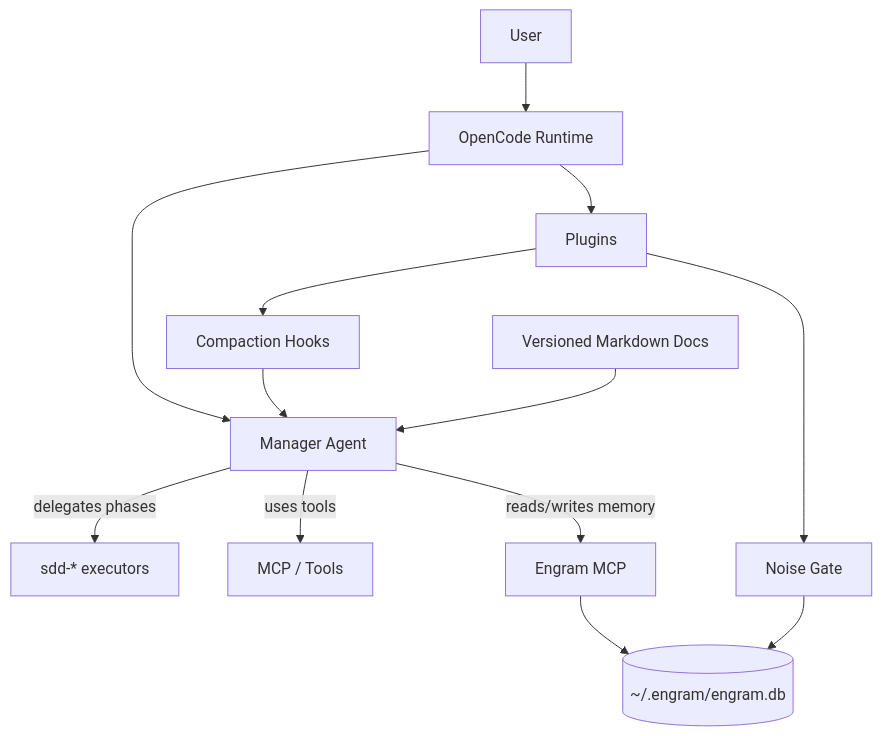
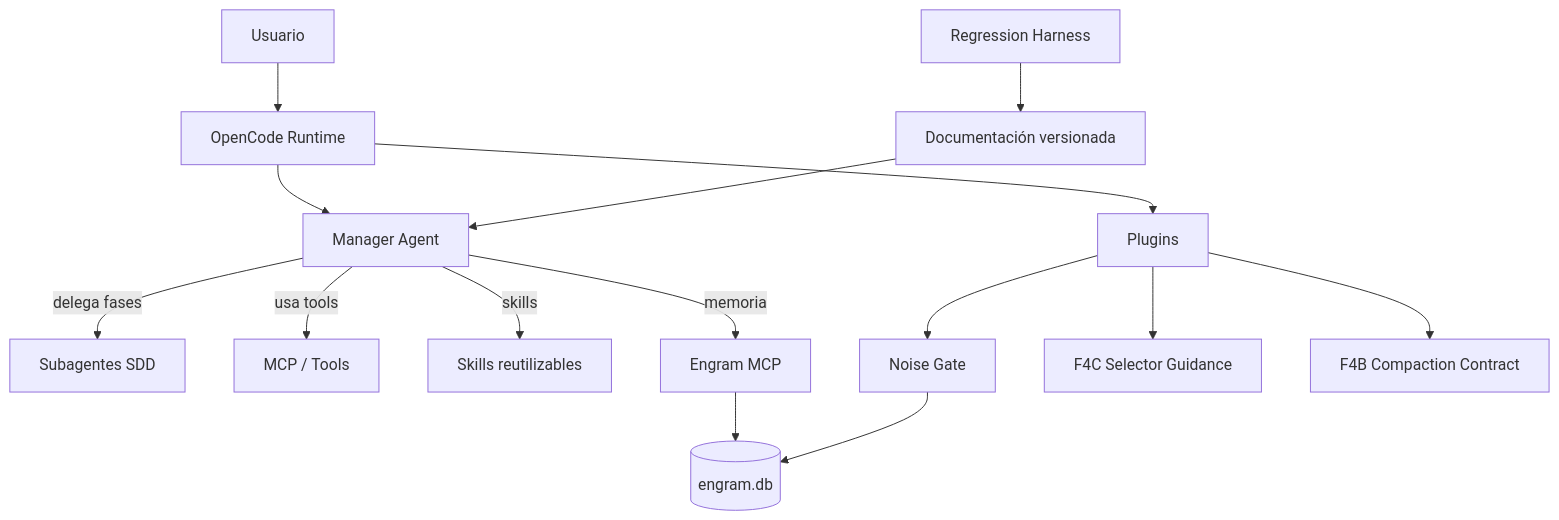
Before and after one commit to harrysxavio/opencode-architecture: the first of 9 diagrams in README.md, drawn with Mermaid. The commit also changed other lines of this file, not shown here.

````diff
--- a/README.md
+++ b/README.md
@@ -49,15 +111,17 @@
 ```mermaid
 flowchart TD
-  U[User] --> OC[OpenCode Runtime]
-  OC --> M[Manager Agent]
-  M -->|delegates phases| SDD[sdd-* executors]
-  M -->|uses tools| MCP[MCP / Tools]
-  M -->|reads/writes memory| EG[Engram MCP]
-  EG --> DB[(~/.engram/engram.db)]
-  OC --> PL[Plugins]
-  PL --> NG[Noise Gate]
-  PL --> CP[Compaction Hooks]
-  NG --> DB
-  CP --> M
-  DOCS[Versioned Markdown Docs] --> M
+    U[Usuario] --> OC[OpenCode Runtime]
+    OC --> M[Manager Agent]
+    M -->|delega fases| SDD[Subagentes SDD]
+    M -->|usa tools| MCP[MCP / Tools]
+    M -->|skills| SK[Skills reutilizables]
+    M -->|memoria| EG[Engram MCP]
+    EG --> DB[(engram.db)]
+    OC --> PL[Plugins]
+    PL --> NG[Noise Gate]
+    PL --> F4C[F4C Selector Guidance]
+    PL --> F4B[F4B Compaction Contract]
+    NG --> DB
+    DOCS[Documentación versionada] --> M
+    TESTS[Regression Harness] --> DOCS
 ```
````
